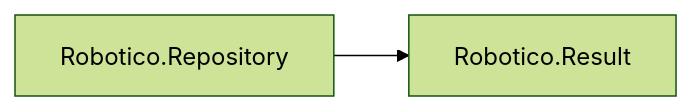
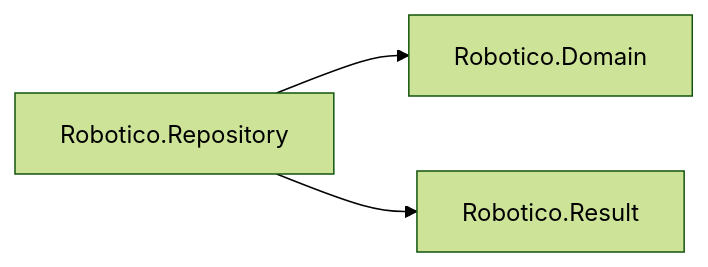
The diagram in README.md (robotico-dev/robotico-repository), drawn with Mermaid (forest theme) before and after one commit. The commit also changed other lines of this file and 15 other files, not shown here.

````diff
--- a/README.md
+++ b/README.md
@@ -12,4 +12,5 @@
 ```mermaid
 flowchart LR
-  A[Robotico.Repository] --> B[Robotico.Result]
+  A[Robotico.Repository] --> B[Robotico.Domain]
+  A --> C[Robotico.Result]
 ```
````
